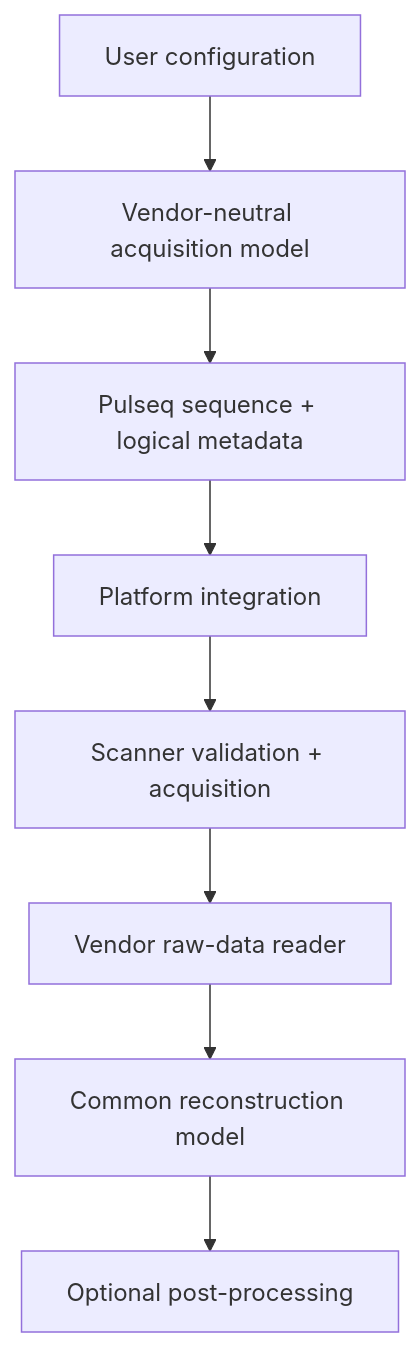
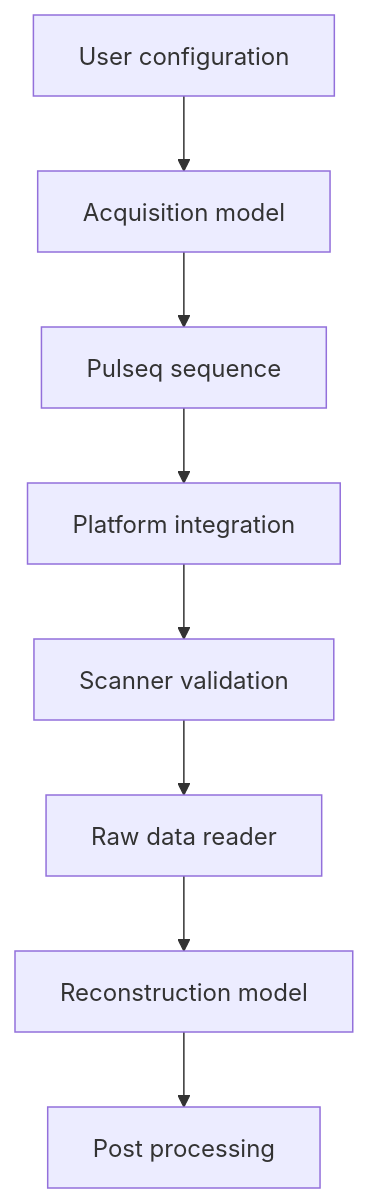
One commit to BennyZhang-Codes/tse-pulseq-matlab changed the diagram in docs/developer-guide.md. Above: the diagram before and after it, drawn with Mermaid. The commit also changed other lines of this file, not shown here.

````diff
--- a/docs/developer-guide.md
+++ b/docs/developer-guide.md
@@ -27,10 +27,10 @@
 ```mermaid
 flowchart TD
-    A["User configuration"] --> B["Vendor-neutral acquisition model"]
-    B --> C["Pulseq sequence + logical metadata"]
-    C --> D["Platform integration"]
-    D --> E["Scanner validation + acquisition"]
-    E --> F["Vendor raw-data reader"]
-    F --> G["Common reconstruction model"]
-    G --> H["Optional post-processing"]
+    A[User configuration] --> B[Acquisition model]
+    B --> C[Pulseq sequence]
+    C --> D[Platform integration]
+    D --> E[Scanner validation]
+    E --> F[Raw data reader]
+    F --> G[Reconstruction model]
+    G --> H[Post processing]
 ```
````
